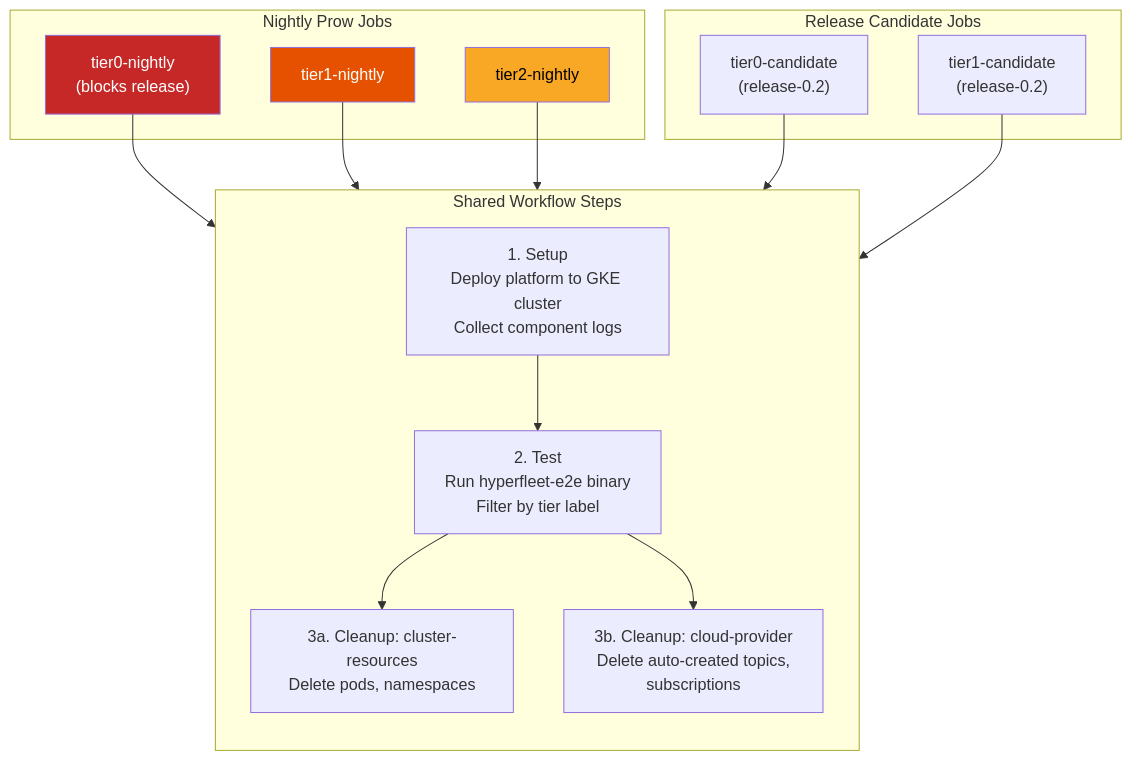
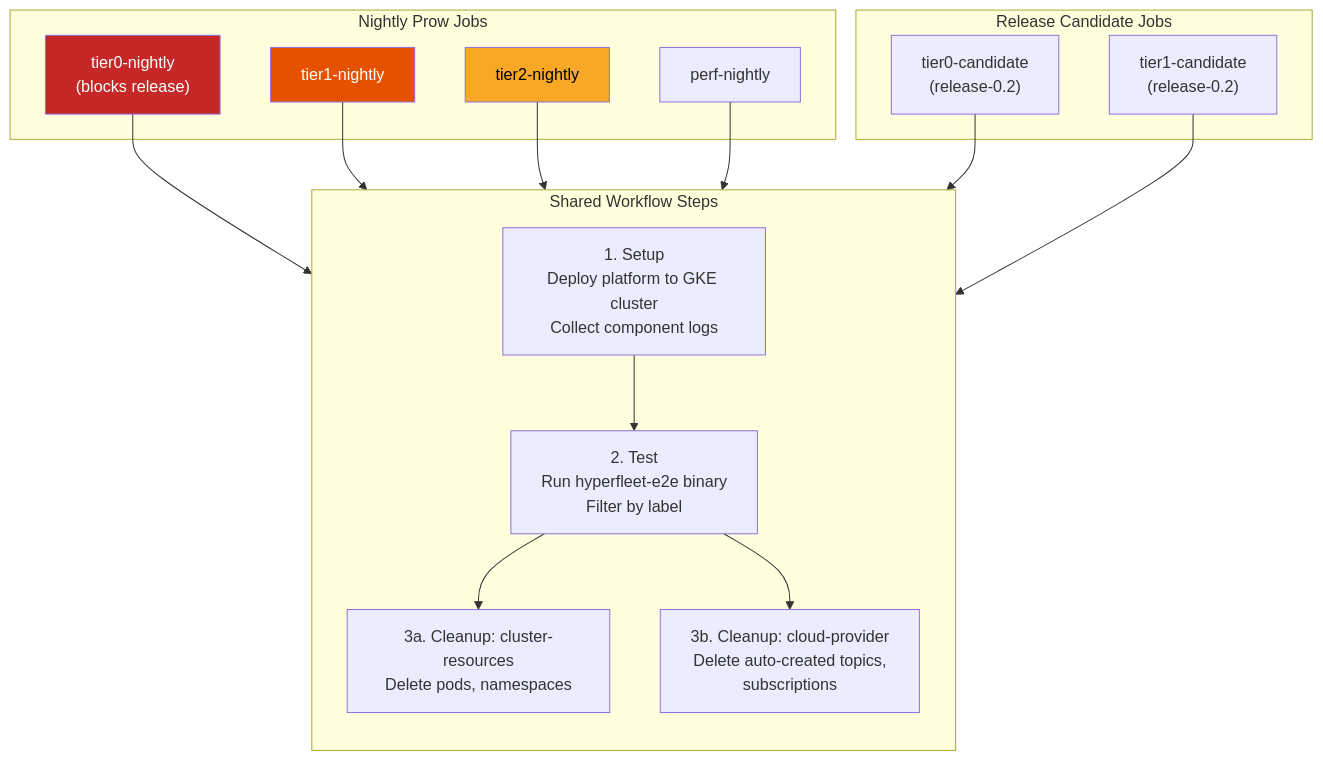
The third of 3 diagrams in docs/debugging.md (kuudori/hyperfleet-e2e), drawn with Mermaid before and after one commit. The commit also changed other lines of this file and 3 other files, not shown here.

First line of the commit message:
HYPERFLEET-1495 - docs: Document the perf-nightly job

````diff
--- a/docs/debugging.md
+++ b/docs/debugging.md
@@ -362,29 +362,30 @@
 ```mermaid
 flowchart TD
     subgraph Jobs["Nightly Prow Jobs"]
         J0["tier0-nightly<br/>(blocks release)"]
         J1["tier1-nightly"]
         J2["tier2-nightly"]
+        JP["perf-nightly"]
     end
 
     subgraph RC["Release Candidate Jobs"]
         R0["tier0-candidate<br/>(release-0.2)"]
         R1["tier1-candidate<br/>(release-0.2)"]
     end
 
-    J0 & J1 & J2 & R0 & R1 --> WF
+    J0 & J1 & J2 & JP & R0 & R1 --> WF
 
     subgraph WF["Shared Workflow Steps"]
         direction TB
         S["1. Setup<br/>Deploy platform to GKE cluster<br/>Collect component logs"]
-        T["2. Test<br/>Run hyperfleet-e2e binary<br/>Filter by tier label"]
+        T["2. Test<br/>Run hyperfleet-e2e binary<br/>Filter by label"]
         C1["3a. Cleanup: cluster-resources<br/>Delete pods, namespaces"]
         C2["3b. Cleanup: cloud-provider<br/>Delete auto-created topics,<br/>subscriptions"]
 
         S --> T --> C1 & C2
     end
 
     style J0 fill:#c62828,color:#fff
     style J1 fill:#e65100,color:#fff
     style J2 fill:#f9a825,color:#000
 ```
````
